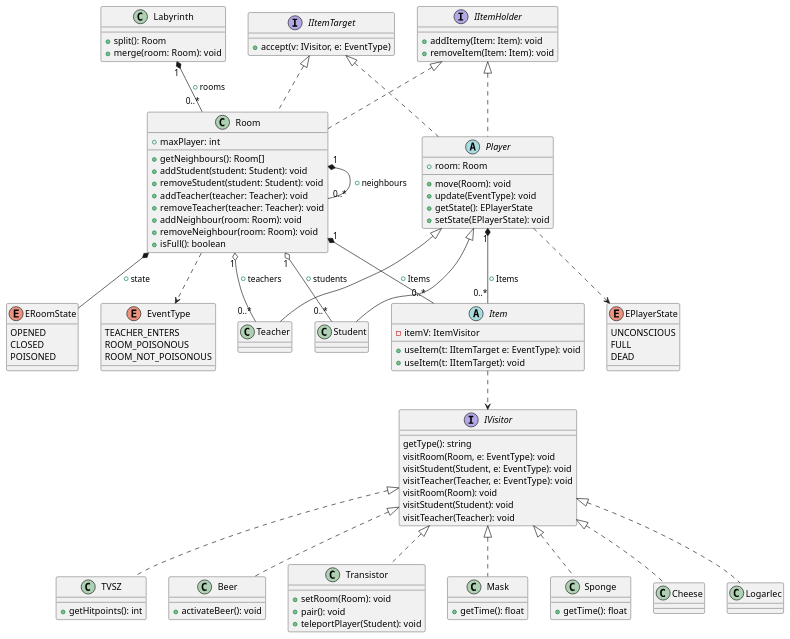
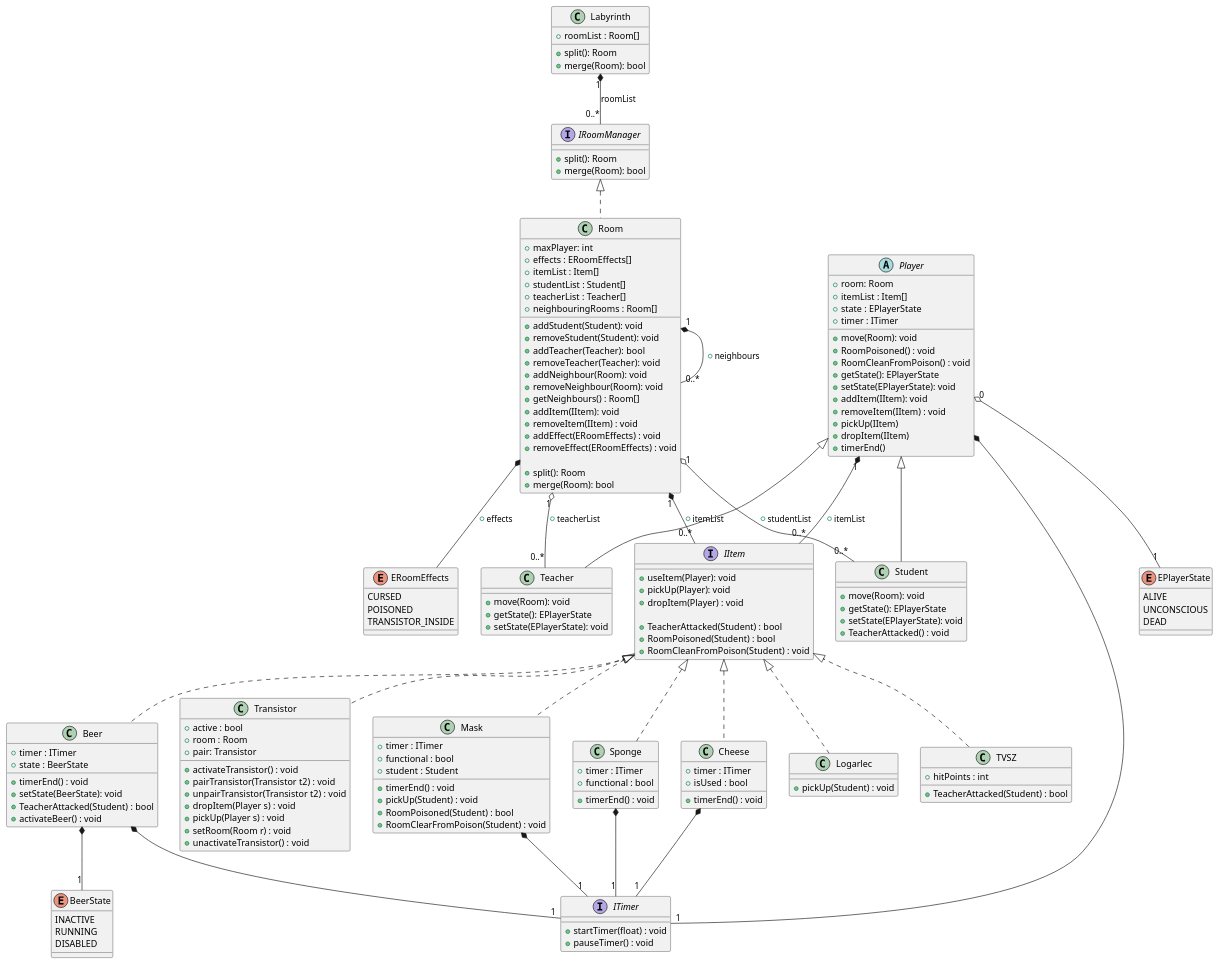
Before and after one commit to MBakter/echo: the diagram in docs/Class_UML.plantuml, drawn with PlantUML. The commit also changed 116 other files, not shown here.

```diff
--- a/docs/Class_UML.plantuml
+++ b/docs/Class_UML.plantuml
@@ -1,119 +1,190 @@
 @startuml UML
 
 class Labyrinth {
-    +split(): Room
-    +merge(room: Room): void
+    +roomList : Room[]
+
+    + split(): Room
+    + merge(Room): bool
 }
 
-class Room implements IItemHolder, IItemTarget{
-    + maxPlayer: int
+Labyrinth "1" *-- "0..*" IRoomManager: roomList
 
-    +getNeighbours(): Room[]
-    +addStudent(student: Student): void
-    +removeStudent(student: Student): void
-    +addTeacher(teacher: Teacher): void
-    +removeTeacher(teacher: Teacher): void
-    +addNeighbour(room: Room): void
-    +removeNeighbour(room: Room): void   
-    +isFull(): boolean
+interface IRoomManager {
+    + split(): Room
+    + merge(Room): bool
 }
 
+/' Removed implementing IItemHolder '/
+class Room implements IRoomManager {
+    + maxPlayer: int
+    + effects : ERoomEffects[]
+    + itemList : Item[]
+    + studentList : Student[]
+    + teacherList : Teacher[]
+    + neighbouringRooms : Room[]
+
+    + addStudent(Student): void
+    + removeStudent(Student): void
+    + addTeacher(Teacher): bool
+    + removeTeacher(Teacher): void
+    + addNeighbour(Room): void
+    + removeNeighbour(Room): void
+    + getNeighbours() : Room[]
+    + addItem(IItem): void
+    + removeItem(IItem) : void
+    + addEffect(ERoomEffects) : void
+    + removeEffect(ERoomEffects) : void
+
+    + split(): Room
+    + merge(Room): bool
+}
+
+Room "1" o-- "0..*" Student: + studentList
+Room "1" o-- "0..*" Teacher: + teacherList
+Room "1" *-- "0..*" Room: + neighbours
+Room "1" *-- "0..*" IItem: + itemList
+Room *-- ERoomEffects: + effects
+
+
 enum EPlayerState {
+    ALIVE
     UNCONSCIOUS
-    FULL
     DEAD
 }
 
-abstract class Player implements IItemHolder, IItemTarget{
+/' Removed implementing IItemHolder '/
+abstract class Player {
     + room: Room
+    + itemList : Item[]
+    + state : EPlayerState
+    + timer : ITimer
+
     + move(Room): void
-    + update(EventType): void
+    + RoomPoisoned() : void
+    + RoomCleanFromPoison() : void
+    + getState(): EPlayerState
+    + setState(EPlayerState): void
+    + addItem(IItem): void
+    + removeItem(IItem) : void
+    + pickUp(IItem)
+    + dropItem(IItem)
+    + timerEnd()
+}
+
+Player "0" o-- "1" EPlayerState
+Player "1" *-- "0..*" IItem: + itemList
+Player *-- "1" ITimer
+
+interface IItem {
+    + useItem(Player): void
+    + pickUp(Player): void
+    + dropItem(Player) : void
+
+    + TeacherAttacked(Student) : bool
+    + RoomPoisoned(Student) : bool
+    + RoomCleanFromPoison(Student) : void
+}
+
+class Teacher extends Player{
+    + move(Room): void
     + getState(): EPlayerState
     + setState(EPlayerState): void
 }
 
-Player ..> EPlayerState
-
-interface IVisitor {
-    getType(): string
-    visitRoom(Room, e: EventType): void
-    visitStudent(Student, e: EventType): void
-    visitTeacher(Teacher, e: EventType): void
-    visitRoom(Room): void
-    visitStudent(Student): void
-    visitTeacher(Teacher): void
+class Student extends Player{
+    + move(Room): void
+    + getState(): EPlayerState
+    + setState(EPlayerState): void
+    + TeacherAttacked() : void
 }
 
-abstract class Item{
-    -itemV: ItemVisitor
-    + useItem(t: IItemTarget e: EventType): void
-    + useItem(t: IItemTarget): void
+/' interface IItemHolder {
+    + addItemy(Item: Item): void
+    + removeItem(Item: Item): void
+} '/
+
+enum ERoomEffects {
+    CURSED
+    POISONED
+    TRANSISTOR_INSIDE
 }
 
-interface IItemTarget{
-    + accept(v: IVisitor, e: EventType)
+interface ITimer {
+    + startTimer(float) : void
+    + pauseTimer() : void
 }
 
-class Teacher extends Player{}
+class TVSZ implements IItem {
+    + hitPoints : int
+
+    + TeacherAttacked(Student) : bool
+}
+
+class Transistor implements IItem  {
+    + active : bool
+    + room : Room
+    + pair: Transistor
+
+    + activateTransistor() : void
+    + pairTransistor(Transistor t2) : void
+    + unpairTransistor(Transistor t2) : void
+    + dropItem(Player s) : void
+    + pickUp(Player s) : void
+    + setRoom(Room r) : void
+    + unactivateTransistor() : void
+}
+
+enum BeerState {
+    INACTIVE
+    RUNNING
+    DISABLED
+}
+
+class Beer implements IItem {
+    + timer : ITimer
+    + state : BeerState
+    
+    + timerEnd() : void
+    + setState(BeerState): void
+    + TeacherAttacked(Student) : bool
+    + activateBeer() : void
+}
+Beer *-- "1" ITimer
+Beer *-- "1" BeerState
+
+class Mask implements IItem  {
+    + timer : ITimer
+    + functional : bool
+    + student : Student
+
+    + timerEnd() : void
+    + pickUp(Student) : void
+    + RoomPoisoned(Student) : bool
+    + RoomClearFromPoison(Student) : void
+
+}
+Mask *-- "1" ITimer
+
+class Sponge  implements IItem {
+    + timer : ITimer
+    + functional : bool
+
+    + timerEnd() : void
+}
+Sponge *-- "1" ITimer
+
+class Cheese  implements IItem {
+    + timer : ITimer
+    + isUsed : bool
+
+    + timerEnd() : void
+}
+Cheese *-- "1" ITimer
+
+class Logarlec  implements IItem  {
+    + pickUp(Student) : void
+}
 
 
-class Student extends Player{
-}
-
-interface IItemHolder {
-    + addItemy(Item: Item): void
-    + removeItem(Item: Item): void
-}
-
-enum ERoomState {
-    OPENED
-    CLOSED
-    POISONED
-}
-
-enum EventType {
-    TEACHER_ENTERS
-    ROOM_POISONOUS
-    ROOM_NOT_POISONOUS
-}
-Room ..> EventType
-
-class TVSZ implements IVisitor {
-    + getHitpoints(): int
-}
-
-class Beer implements IVisitor {
-    + activateBeer(): void
-}
-
-class Transistor implements IVisitor  {
-    + setRoom(Room): void
-    + pair(): void
-    + teleportPlayer(Student): void
-}
-
-class Mask  implements IVisitor  {
-    + getTime(): float
-}
-
-class Sponge  implements IVisitor  {
-    + getTime(): float
-}
-
-class Cheese  implements IVisitor {
-}
-
-class Logarlec  implements IVisitor  {
-}
-
-Room "1" o-- "0..*" Student: + students
-Room "1" o-- "0..*" Teacher: + teachers
-Room "1" *-- "0..*" Room: + neighbours
-Player "1" *-- "0..*" Item: + Items
-Room "1" *-- "0..*" Item: + Items
-Room *-- ERoomState: + state
-Labyrinth "1" *-- "0..*" Room: + rooms
-
-Item ..> IVisitor
 
 @enduml
```
